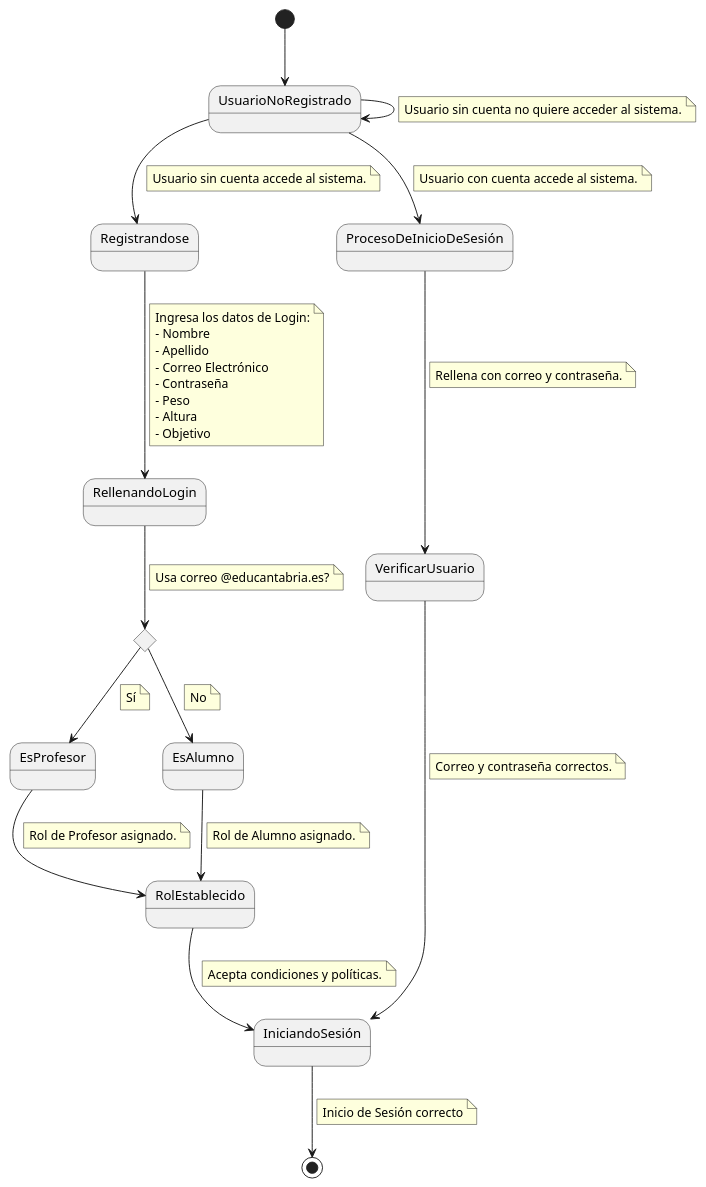
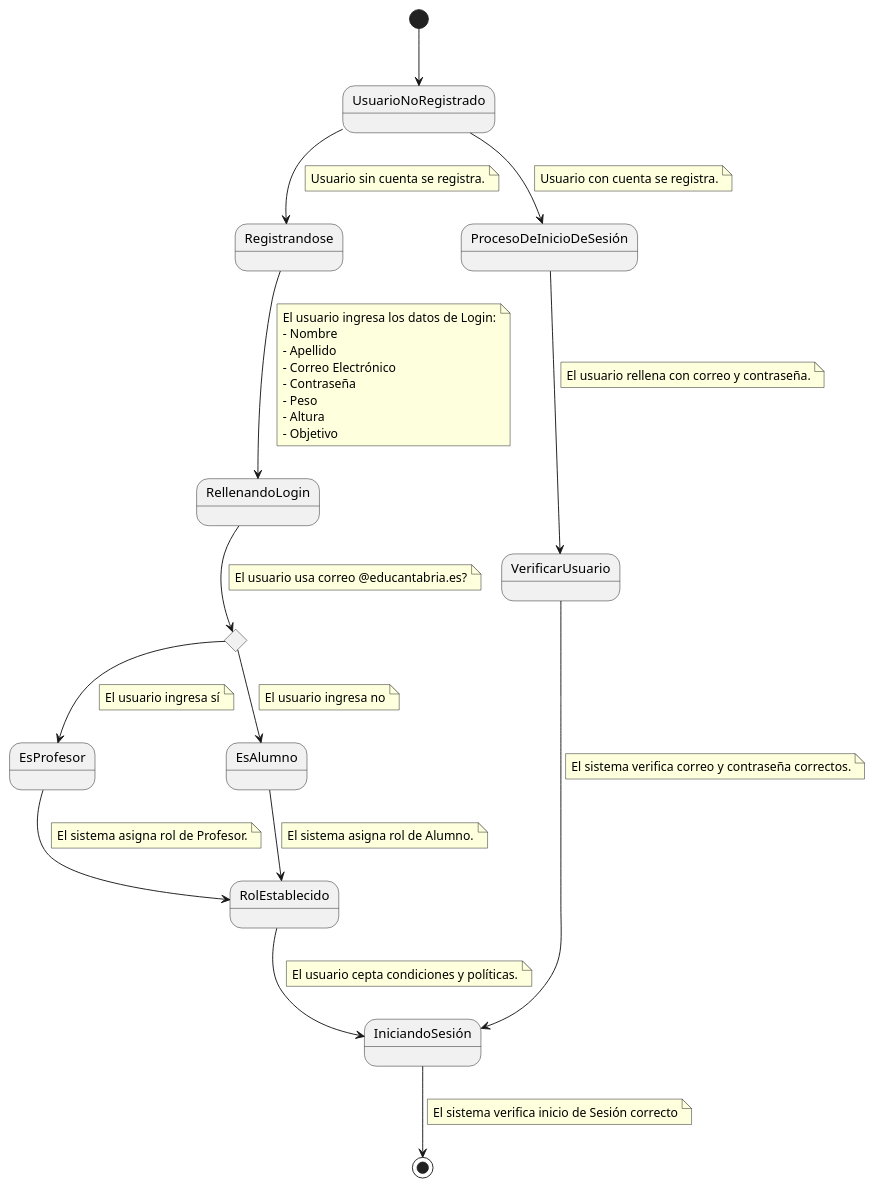
The diagram in Documentos/DetallarCasosDeUso/Registrarse.puml (mmasias/24-25-IdSw1-SDR), drawn with PlantUML before and after one commit.

Commit message:
Actualizacion CdU Registrarse

```diff
--- a/Documentos/DetallarCasosDeUso/Registrarse.puml
+++ b/Documentos/DetallarCasosDeUso/Registrarse.puml
@@ -1,77 +1,72 @@
 @startuml
 
   [*] --> UsuarioNoRegistrado
   UsuarioNoRegistrado --> Registrandose
   note on link
-    Usuario sin cuenta accede al sistema.
-  end note
-
-  UsuarioNoRegistrado --> UsuarioNoRegistrado
-  note on link
-    Usuario sin cuenta no quiere acceder al sistema.
+    Usuario sin cuenta se registra.
   end note
 
   UsuarioNoRegistrado --> ProcesoDeInicioDeSesión
   note on link
-    Usuario con cuenta accede al sistema.
+    Usuario con cuenta se registra.
   end note
 
   Registrandose --> RellenandoLogin
   note on link
-    Ingresa los datos de Login:
+    El usuario ingresa los datos de Login:
     - Nombre
     - Apellido
     - Correo Electrónico
     - Contraseña
     - Peso
     - Altura
     - Objetivo
   end note
   
   state rombo <<choice>>
   RellenandoLogin --> rombo
   note on link
-    Usa correo @educantabria.es?
+    El usuario usa correo @educantabria.es?
   end note
   
   rombo --> EsProfesor
   note on link
-    Sí
+    El usuario ingresa sí
   end note
   
   rombo --> EsAlumno
   note on link
-    No
+    El usuario ingresa no
   end note
 
   EsAlumno --> RolEstablecido
   note on link
-    Rol de Alumno asignado.
+    El sistema asigna rol de Alumno.
   end note
   
   EsProfesor --> RolEstablecido
   note on link
-    Rol de Profesor asignado.
+    El sistema asigna rol de Profesor.
   end note
   
   RolEstablecido --> IniciandoSesión
   note on link
-    Acepta condiciones y políticas.
+    El usuario cepta condiciones y políticas.
   end note
   
   ProcesoDeInicioDeSesión --> VerificarUsuario
   note on link
-    Rellena con correo y contraseña.
+    El usuario rellena con correo y contraseña.
   end note
   
   VerificarUsuario --> IniciandoSesión
   note on link
-    Correo y contraseña correctos.
+    El sistema verifica correo y contraseña correctos.
   end note
   
   IniciandoSesión --> [*]
   note on link
-    Inicio de Sesión correcto
+    El sistema verifica inicio de Sesión correcto
   end note
   
 @enduml
```
